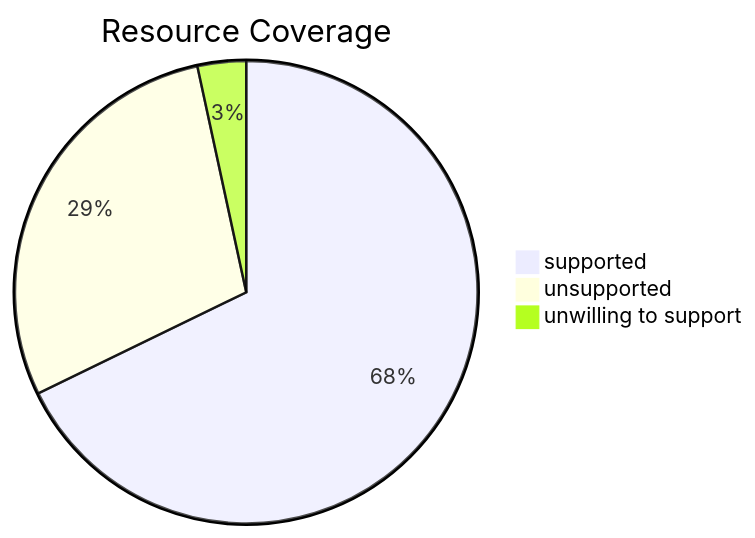
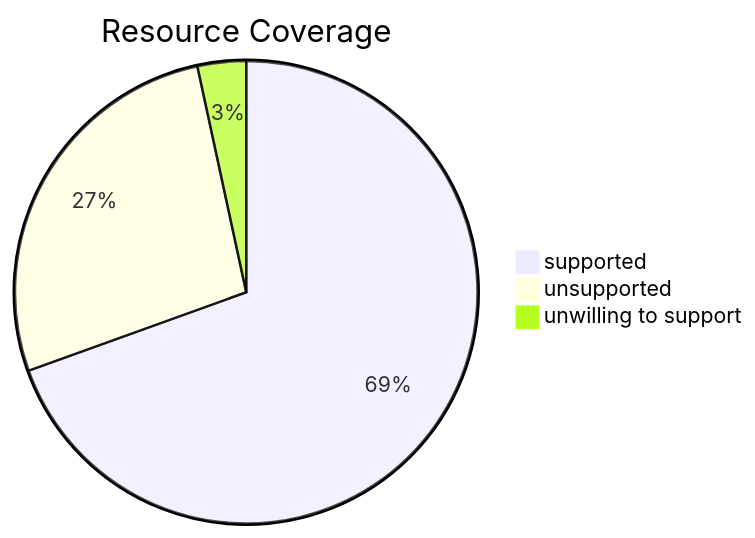
One commit to lassoColombo/nuke changed the diagram in README.md. Above: the diagram before and after it, drawn with Mermaid. The commit also changed other lines of this file, not shown here.

````diff
--- a/README.md
+++ b/README.md
@@ -153,7 +153,7 @@
 ```mermaid
 pie title Resource Coverage
-    "supported" : 40
-    "unsupported" : 17
+    "supported" : 41
+    "unsupported" : 16
     "unwilling to support" : 2
 
 ```
````
